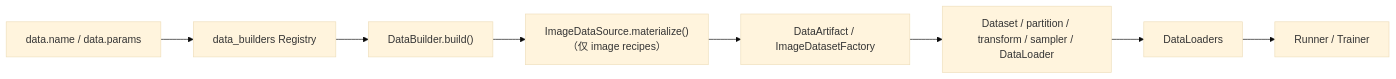
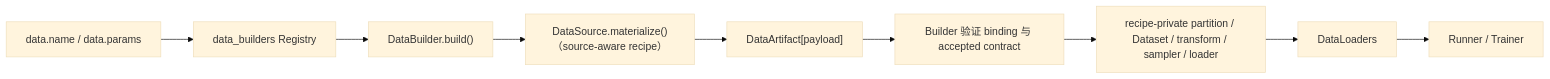
The diagram in docs/configuration/data-pipeline.md (supermassiveasshole/stochaflow), drawn with Mermaid (base theme) before and after one commit. The commit also changed other lines of this file and 146 other files, not shown here.

````diff
--- a/docs/configuration/data-pipeline.md
+++ b/docs/configuration/data-pipeline.md
@@ -6,10 +6,11 @@
 ```mermaid
 flowchart LR
     A["data.name / data.params"] --> B["data_builders Registry"]
     B --> C["DataBuilder.build()"]
-    C --> D["ImageDataSource.materialize()（仅 image recipes）"]
-    D --> E["DataArtifact / ImageDatasetFactory"]
-    E --> F["Dataset / partition / transform / sampler / DataLoader"]
+    C --> D["DataSource.materialize()（source-aware recipe）"]
+    D --> E["DataArtifact[payload]"]
+    E --> V["Builder 验证 binding 与 accepted contract"]
+    V --> F["recipe-private partition / Dataset / transform / sampler / loader"]
     F --> G["DataLoaders"]
     G --> H["Runner / Trainer"]
 ```
````
